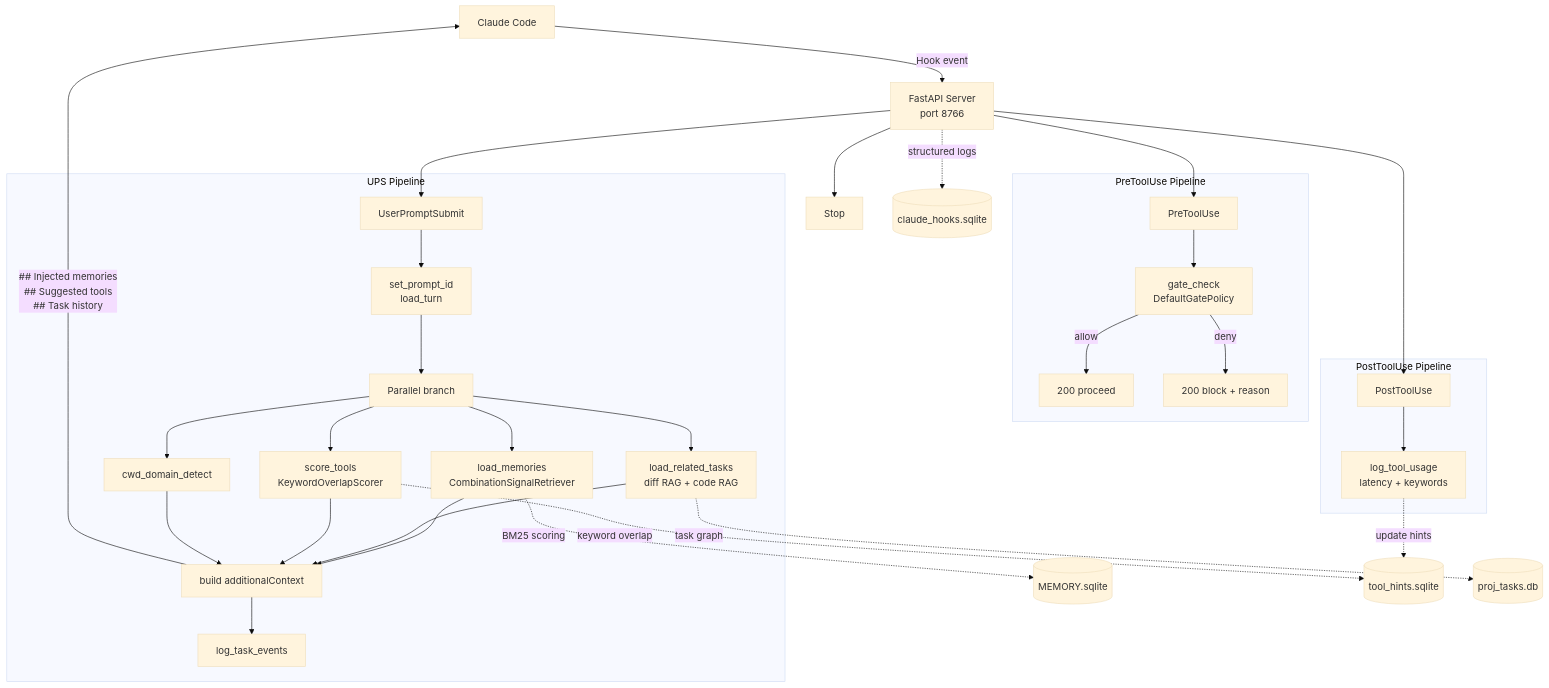
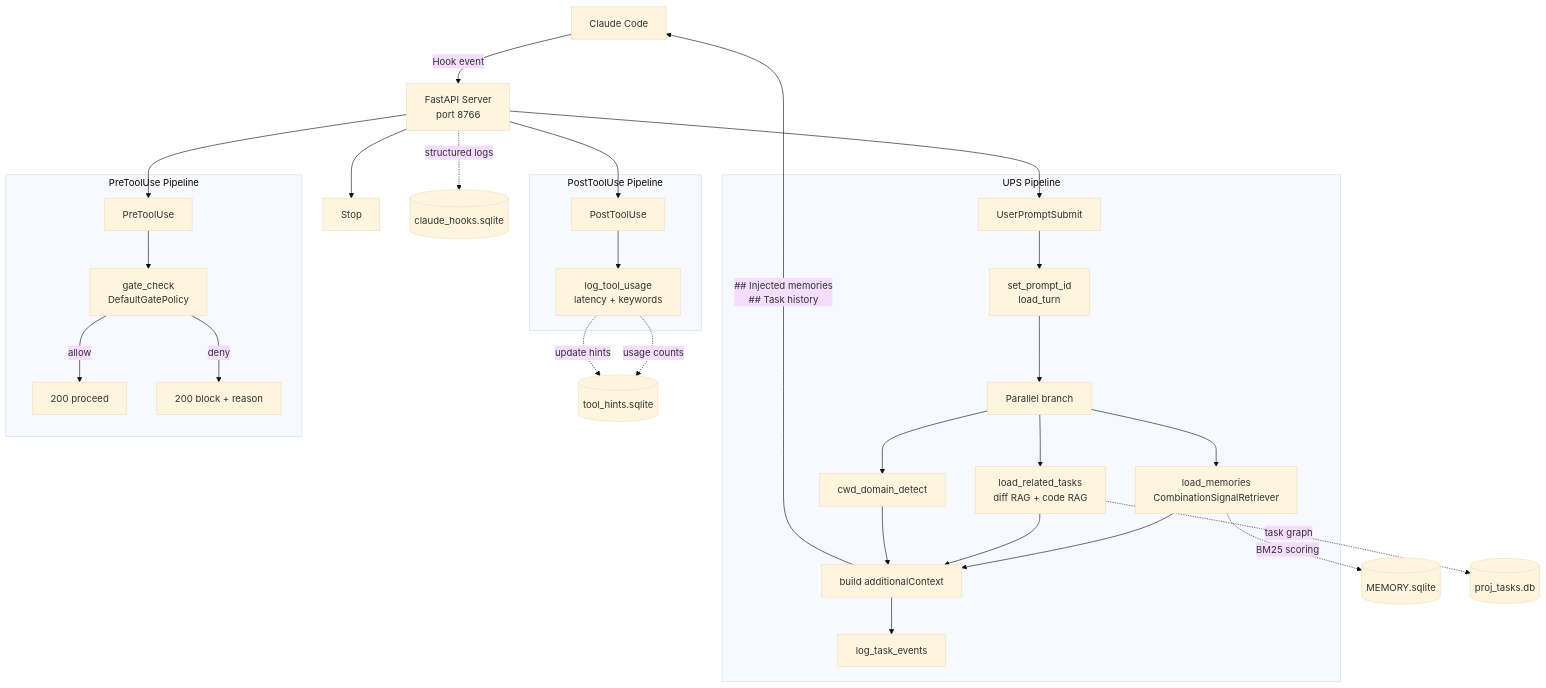
The diagram in docs/ARCHITECTURE.md (debaditya-mohankudo/claude-hooks), drawn with Mermaid (base theme) before and after one commit. The commit also changed other lines of this file and 15 other files, not shown here.

First line of the commit message:
task:734841bf Remove the Suggested tools / tool-groups prompt injection; find_cli replaces it

````diff
--- a/docs/ARCHITECTURE.md
+++ b/docs/ARCHITECTURE.md
@@ -85,38 +85,37 @@
 ```mermaid
 flowchart TD
     CC[Claude Code] -->|Hook event| FS[FastAPI Server\nport 8766]
 
     FS --> UPS[UserPromptSubmit]
     FS --> PTU_pre[PreToolUse]
     FS --> PTU_post[PostToolUse]
     FS --> STOP[Stop]
 
     subgraph UPS Pipeline
         UPS --> ST[set_prompt_id\nload_turn]
         ST --> PAR[Parallel branch]
         PAR --> LM[load_memories\nCombinationSignalRetriever]
         PAR --> LT[load_related_tasks\ndiff RAG + code RAG]
-        PAR --> SC[score_tools\nKeywordOverlapScorer]
         PAR --> CD[cwd_domain_detect]
-        LM & LT & SC & CD --> SP[build additionalContext]
+        LM & LT & CD --> SP[build additionalContext]
         SP --> LE[log_task_events]
     end
 
     subgraph PreToolUse Pipeline
         PTU_pre --> GC[gate_check\nDefaultGatePolicy]
         GC -->|allow| ALLOW[200 proceed]
         GC -->|deny| BLOCK[200 block + reason]
     end
 
     subgraph PostToolUse Pipeline
         PTU_post --> LU[log_tool_usage\nlatency + keywords]
     end
 
-    SP -->|## Injected memories\n## Suggested tools\n## Task history| CC
+    SP -->|## Injected memories\n## Task history| CC
 
     LM -.->|BM25 scoring| MEMDB[(MEMORY.sqlite)]
-    SC -.->|keyword overlap| THDB[(tool_hints.sqlite)]
+    LU -.->|usage counts| THDB[(tool_hints.sqlite)]
     LT -.->|task graph| TASKDB[(proj_tasks.db)]
     LU -.->|update hints| THDB
     FS -.->|structured logs| LOGDB[(claude_hooks.sqlite)]
 ```
````
